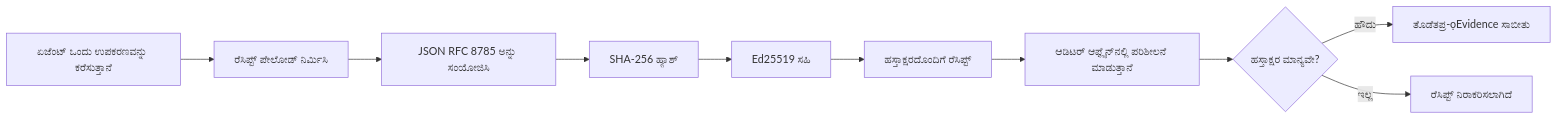
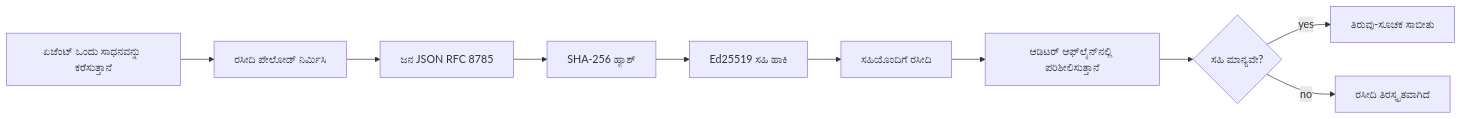
One commit to microsoft/ai-agents-for-beginners changed the first of 2 diagrams in translations/kn/18-securing-ai-agents/README.md. Above: the diagram before and after it, drawn with Mermaid. The commit also changed other lines of this file and 224 other files, not shown here.

````diff
--- a/translations/kn/18-securing-ai-agents/README.md
+++ b/translations/kn/18-securing-ai-agents/README.md
@@ -51,12 +51,12 @@
 ```mermaid
 flowchart LR
-    A[ಏಜೆಂಟ್ ಒಂದು ಉಪಕರಣವನ್ನು ಕರೆಸುತ್ತಾನೆ] --> B[ರೆಸಿಪ್ಟ್ ಪೇಲೋಡ್ ನಿರ್ಮಿಸಿ]
-    B --> C[JSON RFC 8785 ಅನ್ನು ಸಂಯೋಜಿಸಿ]
+    A[ಏಜೆಂಟ್ ಒಂದು ಸಾಧನವನ್ನು ಕರೆಸುತ್ತಾನೆ] --> B[ರಸೀದಿ ಪೇಲೋಡ್ ನಿರ್ಮಿಸಿ]
+    B --> C[ಜನ JSON RFC 8785]
     C --> D[SHA-256 ಹ್ಯಾಶ್]
-    D --> E[Ed25519 ಸಹಿ]
-    E --> F[ಹಸ್ತಾಕ್ಷರದೊಂದಿಗೆ ರೆಸಿಪ್ಟ್]
-    F --> G[ಆಡಿಟರ್ ಆಫ್ಲೈನ್‌ನಲ್ಲಿ ಪರಿಶೀಲನೆ ಮಾಡುತ್ತಾನೆ]
-    G --> H{ಹಸ್ತಾಕ್ಷರ ಮಾನ್ಯವೇ?}
-    H -- ಹೌದು --> I[ತೊಡೆತಪ್ರ-ọEvidence ಸಾಬೀತು]
-    H -- ಇಲ್ಲ --> J[ರೆಸಿಪ್ಟ್ ನಿರಾಕರಿಸಲಾಗಿದೆ]
+    D --> E[Ed25519 ಸಹಿ ಹಾಕಿ]
+    E --> F[ಸಹಿಯೊಂದಿಗೆ ರಸೀದಿ]
+    F --> G[ಆಡಿಟರ್ ಆಫ್‌ಲೈನ್‌ನಲ್ಲಿ ಪರಿಶೀಲಿಸುತ್ತಾನೆ]
+    G --> H{ಸಹಿ ಮಾನ್ಯವೇ?}
+    H -- yes --> I[ತಿರುವು-ಸೂಚಕ ಸಾಬೀತು]
+    H -- no --> J[ರಸೀದಿ ತಿರಸ್ಕೃತವಾಗಿದೆ]
 ```
````
